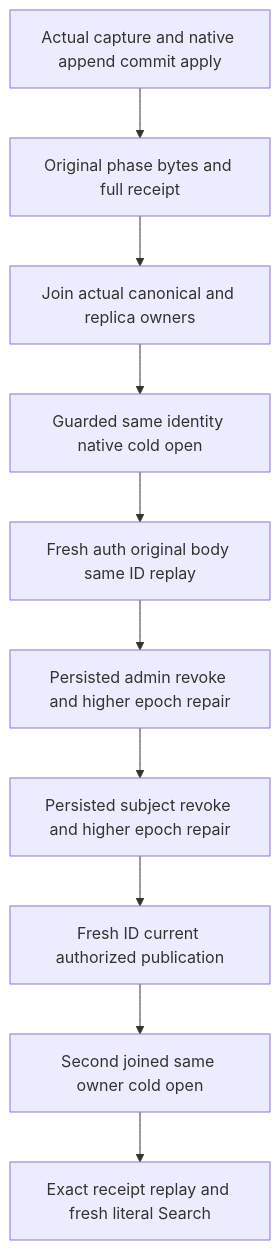
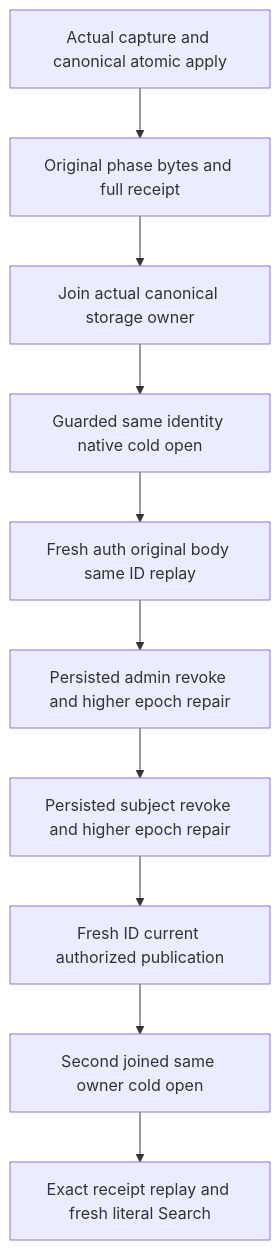
Before and after one commit to managedcode/KeyLoad: the diagram in docs/Features/Search/Bm25OriginalPhaseRecovery.md, drawn with Mermaid. The commit also changed other lines of this file and 1112 other files, not shown here.

````diff
--- a/docs/Features/Search/Bm25OriginalPhaseRecovery.md
+++ b/docs/Features/Search/Bm25OriginalPhaseRecovery.md
@@ -20,12 +20,12 @@
 ```mermaid
 flowchart TD
-    First[Actual capture and native append commit apply] --> Retained[Original phase bytes and full receipt]
-    Retained --> Join[Join actual canonical and replica owners]
+    First[Actual capture and canonical atomic apply] --> Retained[Original phase bytes and full receipt]
+    Retained --> Join[Join actual canonical storage owner]
     Join --> Open[Guarded same identity native cold open]
     Open --> Replay[Fresh auth original body same ID replay]
     Replay --> Admin[Persisted admin revoke and higher epoch repair]
     Admin --> Subject[Persisted subject revoke and higher epoch repair]
     Subject --> Fresh[Fresh ID current authorized publication]
     Fresh --> Cold[Second joined same owner cold open]
     Cold --> Healthy[Exact receipt replay and fresh literal Search]
 ```
````
